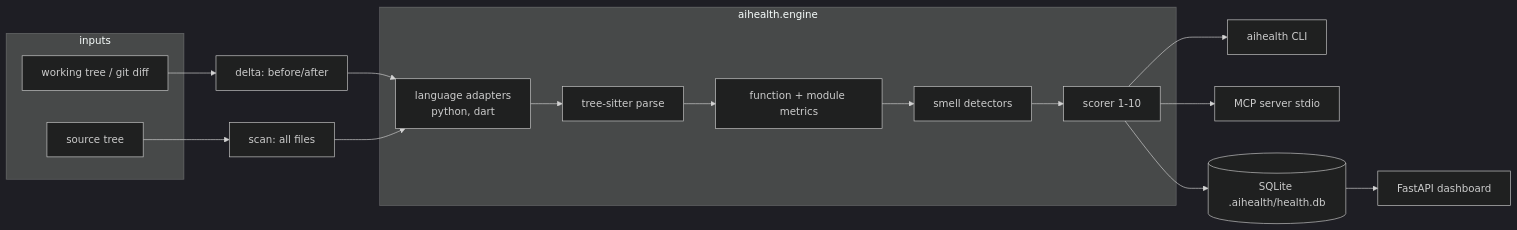
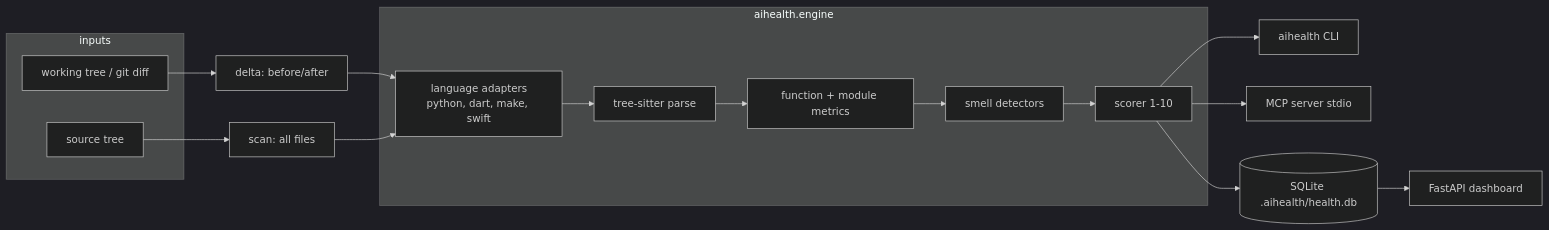
One commit to epatel/ai-health changed the diagram in cards/architecture.md. Above: the diagram before and after it, drawn with Mermaid (dark theme). The commit also changed other lines of this file and 19 other files, not shown here.

First line of the commit message:
Add Swift language adapter (M13)

````diff
--- a/cards/architecture.md
+++ b/cards/architecture.md
@@ -7,23 +7,23 @@
 ```mermaid
 flowchart LR
     subgraph inputs
         WT[working tree / git diff]
         REPO[source tree]
     end
     subgraph engine["aihealth.engine"]
-        LANG[language adapters<br/>python, dart]
+        LANG[language adapters<br/>python, dart, make, swift]
         TS[tree-sitter parse]
         MET[function + module metrics]
         SM[smell detectors]
         SC[scorer 1-10]
     end
     WT --> DELTA[delta: before/after]
     REPO --> SCAN[scan: all files]
     DELTA --> LANG
     SCAN --> LANG
     LANG --> TS --> MET --> SM --> SC
     SC --> CLI[aihealth CLI]
     SC --> MCP[MCP server stdio]
     SC --> DB[(SQLite .aihealth/health.db)]
     DB --> WEB[FastAPI dashboard]
 ```
````
